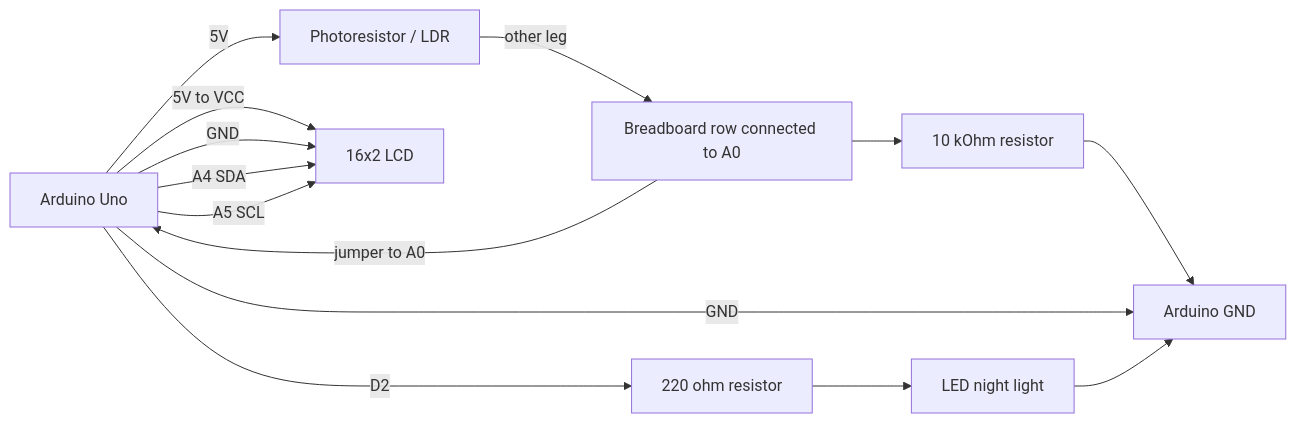
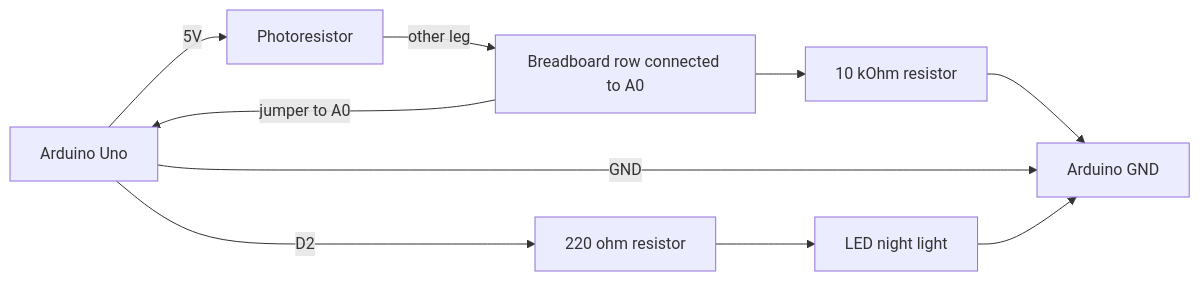
One commit to Danncode10/Automatic-Night-Lights changed the first of 2 diagrams in docs/connections.md. Above: the diagram before and after it, drawn with Mermaid. The commit also changed other lines of this file and 3 other files, not shown here.

Commit message:
Refactor project documentation and Arduino sketch to remove LCD functionality and simplify night-light operation

````diff
--- a/docs/connections.md
+++ b/docs/connections.md
@@ -40,23 +27,18 @@
 ```mermaid
 flowchart LR
     Arduino["Arduino Uno"]
-    Photoresistor["Photoresistor / LDR"]
+    Photoresistor["Photoresistor"]
     A0Row["Breadboard row connected to A0"]
-    Resistor["10 kOhm resistor"]
-    LCD["16x2 LCD"]
+    SensorResistor["10 kOhm resistor"]
     LedResistor["220 ohm resistor"]
     LED["LED night light"]
     Ground["Arduino GND"]
 
     Arduino -- "5V" --> Photoresistor
     Photoresistor -- "other leg" --> A0Row
     A0Row -- "jumper to A0" --> Arduino
-    A0Row --> Resistor
-    Resistor --> Ground
+    A0Row --> SensorResistor
+    SensorResistor --> Ground
     Arduino -- "GND" --> Ground
-    Arduino -- "5V to VCC" --> LCD
-    Arduino -- "GND" --> LCD
-    Arduino -- "A4 SDA" --> LCD
-    Arduino -- "A5 SCL" --> LCD
     Arduino -- "D2" --> LedResistor --> LED --> Ground
 ```
````
